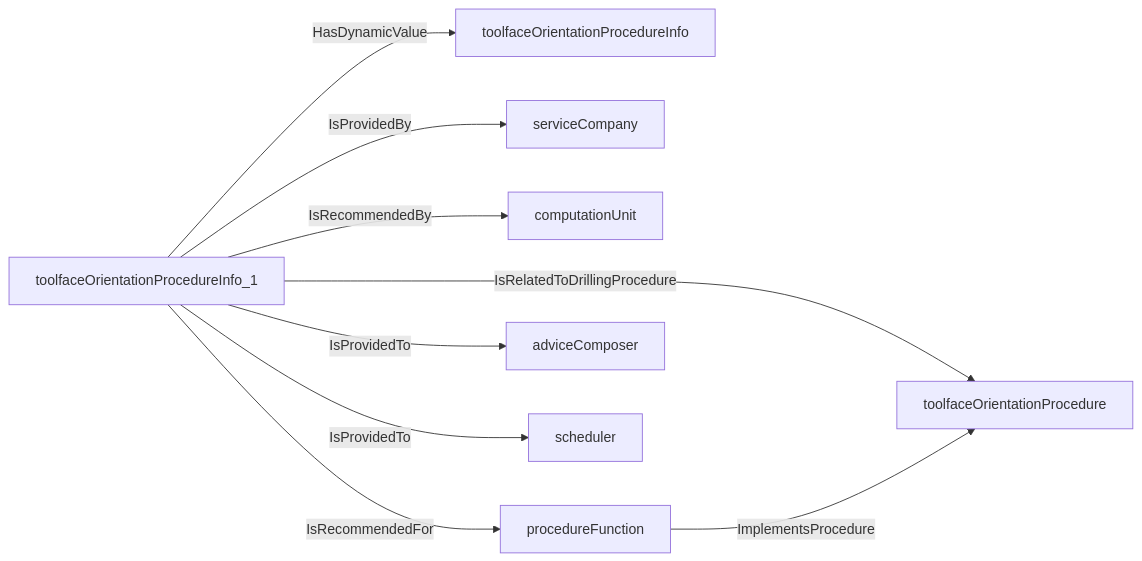
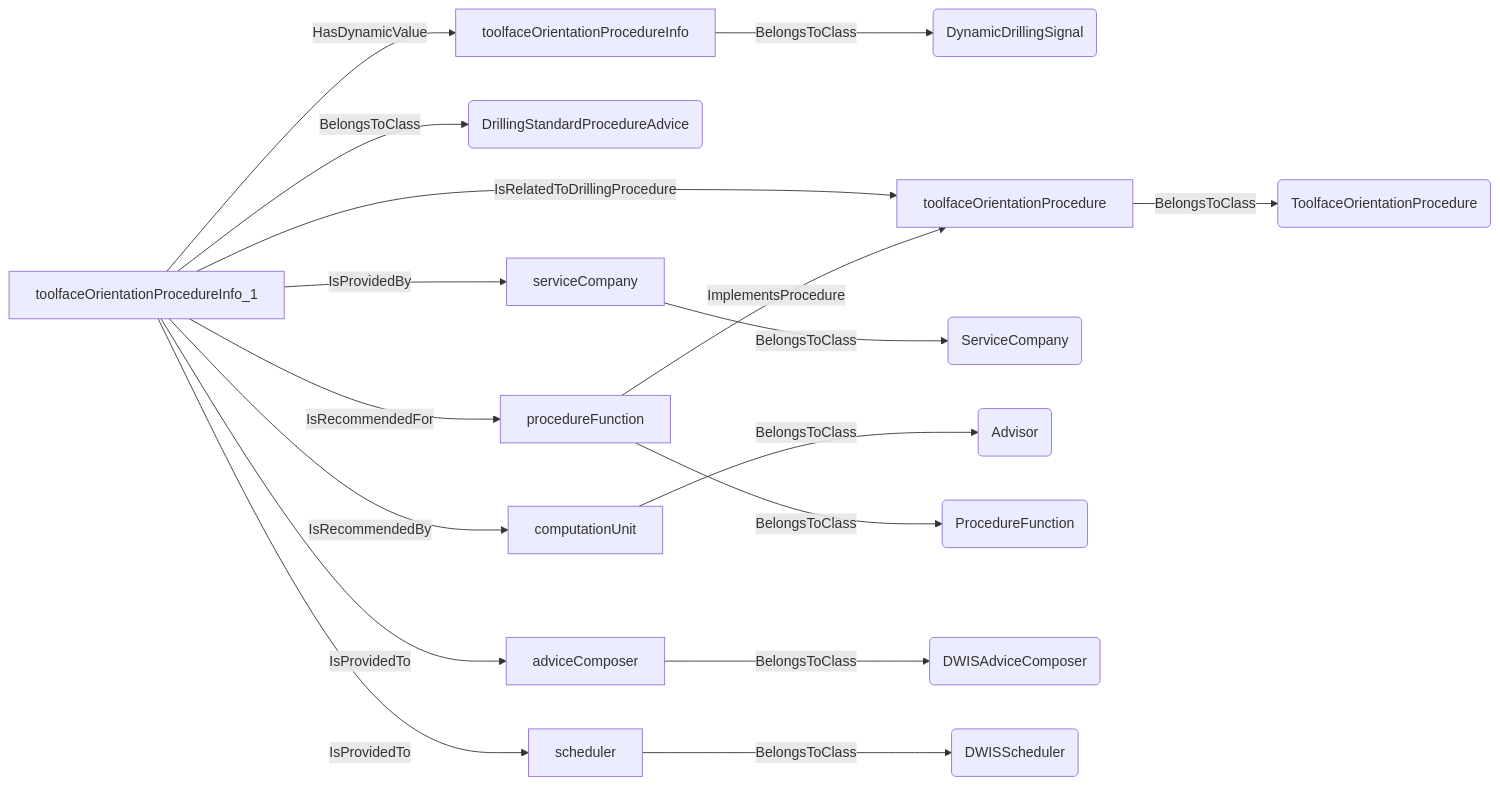
One commit to D-WIS/DDHub-Semantic-Interoperability changed diagram 15 of 19 in docs/vocabulary_development/auto-generated/md/definition-files/DrillingProcedure.md. Above: the diagram before and after it, drawn with Mermaid. The commit also changed other lines of this file and 14 other files, not shown here.

````diff
--- a/docs/vocabulary_development/auto-generated/md/definition-files/DrillingProcedure.md
+++ b/docs/vocabulary_development/auto-generated/md/definition-files/DrillingProcedure.md
@@ -773,11 +981,19 @@
 ```mermaid
 graph LR
-	N0000[toolfaceOrientationProcedureInfo_1] -->|HasDynamicValue| N0001[toolfaceOrientationProcedureInfo] 
-	N0000[toolfaceOrientationProcedureInfo_1] -->|IsRelatedToDrillingProcedure| N0002[toolfaceOrientationProcedure] 
-	N0000[toolfaceOrientationProcedureInfo_1] -->|IsProvidedBy| N0003[serviceCompany] 
-	N0000[toolfaceOrientationProcedureInfo_1] -->|IsRecommendedBy| N0004[computationUnit] 
-	N0005[procedureFunction] -->|ImplementsProcedure| N0002[toolfaceOrientationProcedure] 
-	N0000[toolfaceOrientationProcedureInfo_1] -->|IsRecommendedFor| N0005[procedureFunction] 
-	N0000[toolfaceOrientationProcedureInfo_1] -->|IsProvidedTo| N0006[adviceComposer] 
-	N0000[toolfaceOrientationProcedureInfo_1] -->|IsProvidedTo| N0007[scheduler] 
+	N0000[toolfaceOrientationProcedureInfo] -->|BelongsToClass| N0001(DynamicDrillingSignal) 
+	N0002[toolfaceOrientationProcedureInfo_1] -->|BelongsToClass| N0003(DrillingStandardProcedureAdvice) 
+	N0002[toolfaceOrientationProcedureInfo_1] -->|HasDynamicValue| N0000[toolfaceOrientationProcedureInfo] 
+	N0004[toolfaceOrientationProcedure] -->|BelongsToClass| N0005(ToolfaceOrientationProcedure) 
+	N0002[toolfaceOrientationProcedureInfo_1] -->|IsRelatedToDrillingProcedure| N0004[toolfaceOrientationProcedure] 
+	N0006[serviceCompany] -->|BelongsToClass| N0007(ServiceCompany) 
+	N0002[toolfaceOrientationProcedureInfo_1] -->|IsProvidedBy| N0006[serviceCompany] 
+	N0008[computationUnit] -->|BelongsToClass| N0009(Advisor) 
+	N0002[toolfaceOrientationProcedureInfo_1] -->|IsRecommendedBy| N0008[computationUnit] 
+	N0010[procedureFunction] -->|BelongsToClass| N0011(ProcedureFunction) 
+	N0010[procedureFunction] -->|ImplementsProcedure| N0004[toolfaceOrientationProcedure] 
+	N0002[toolfaceOrientationProcedureInfo_1] -->|IsRecommendedFor| N0010[procedureFunction] 
+	N0012[adviceComposer] -->|BelongsToClass| N0013(DWISAdviceComposer) 
+	N0002[toolfaceOrientationProcedureInfo_1] -->|IsProvidedTo| N0012[adviceComposer] 
+	N0014[scheduler] -->|BelongsToClass| N0015(DWISScheduler) 
+	N0002[toolfaceOrientationProcedureInfo_1] -->|IsProvidedTo| N0014[scheduler] 
 ```
````
